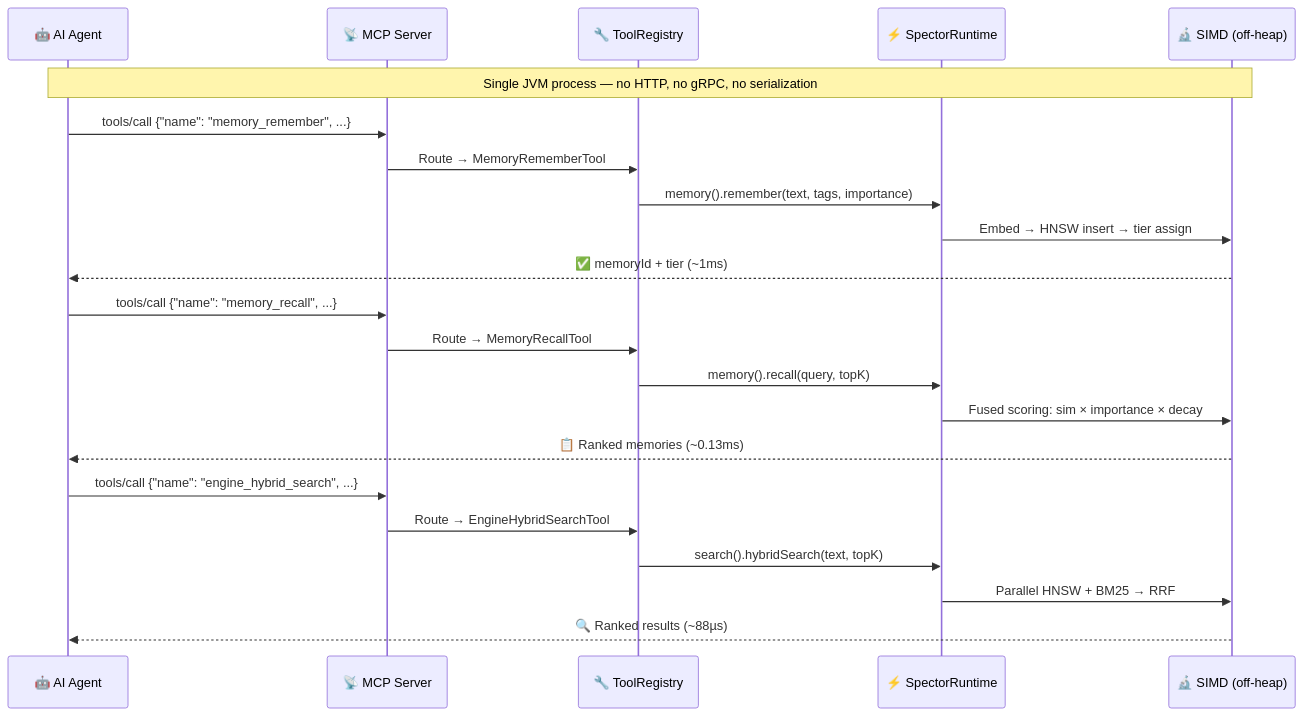
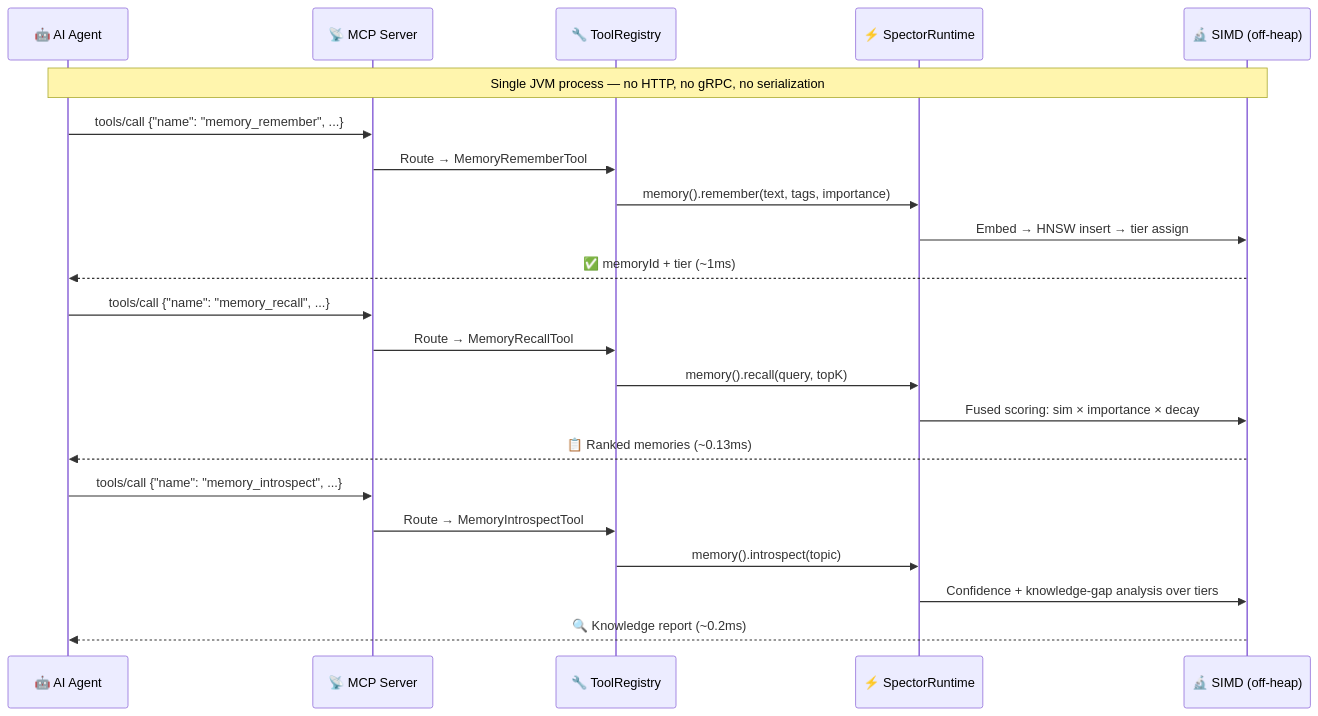
Before and after one commit to spectrayan/spector: the fifth of 12 diagrams in docs/docs/architecture/overview.md, drawn with Mermaid. The commit also changed other lines of this file and 9 other files, not shown here.

First line of the commit message:
docs: reposition Spector as agent-ready cognitive memory (#450) (#452)

````diff
--- a/docs/docs/architecture/overview.md
+++ b/docs/docs/architecture/overview.md
@@ -225,28 +216,28 @@
 ```mermaid
 sequenceDiagram
     participant Agent as 🤖 AI Agent
     participant MCP as 📡 MCP Server
     participant Tools as 🔧 ToolRegistry
     participant Runtime as ⚡ SpectorRuntime
     participant SIMD as 🔬 SIMD (off-heap)
 
     Note over Agent,SIMD: Single JVM process — no HTTP, no gRPC, no serialization
 
     Agent->>MCP: tools/call {"name": "memory_remember", ...}
     MCP->>Tools: Route → MemoryRememberTool
     Tools->>Runtime: memory().remember(text, tags, importance)
     Runtime->>SIMD: Embed → HNSW insert → tier assign
     SIMD-->>Agent: ✅ memoryId + tier (~1ms)
 
     Agent->>MCP: tools/call {"name": "memory_recall", ...}
     MCP->>Tools: Route → MemoryRecallTool
     Tools->>Runtime: memory().recall(query, topK)
     Runtime->>SIMD: Fused scoring: sim × importance × decay
     SIMD-->>Agent: 📋 Ranked memories (~0.13ms)
 
-    Agent->>MCP: tools/call {"name": "engine_hybrid_search", ...}
-    MCP->>Tools: Route → EngineHybridSearchTool
-    Tools->>Runtime: search().hybridSearch(text, topK)
-    Runtime->>SIMD: Parallel HNSW + BM25 → RRF
-    SIMD-->>Agent: 🔍 Ranked results (~88µs)
+    Agent->>MCP: tools/call {"name": "memory_introspect", ...}
+    MCP->>Tools: Route → MemoryIntrospectTool
+    Tools->>Runtime: memory().introspect(topic)
+    Runtime->>SIMD: Confidence + knowledge-gap analysis over tiers
+    SIMD-->>Agent: 🔍 Knowledge report (~0.2ms)
 ```
````
